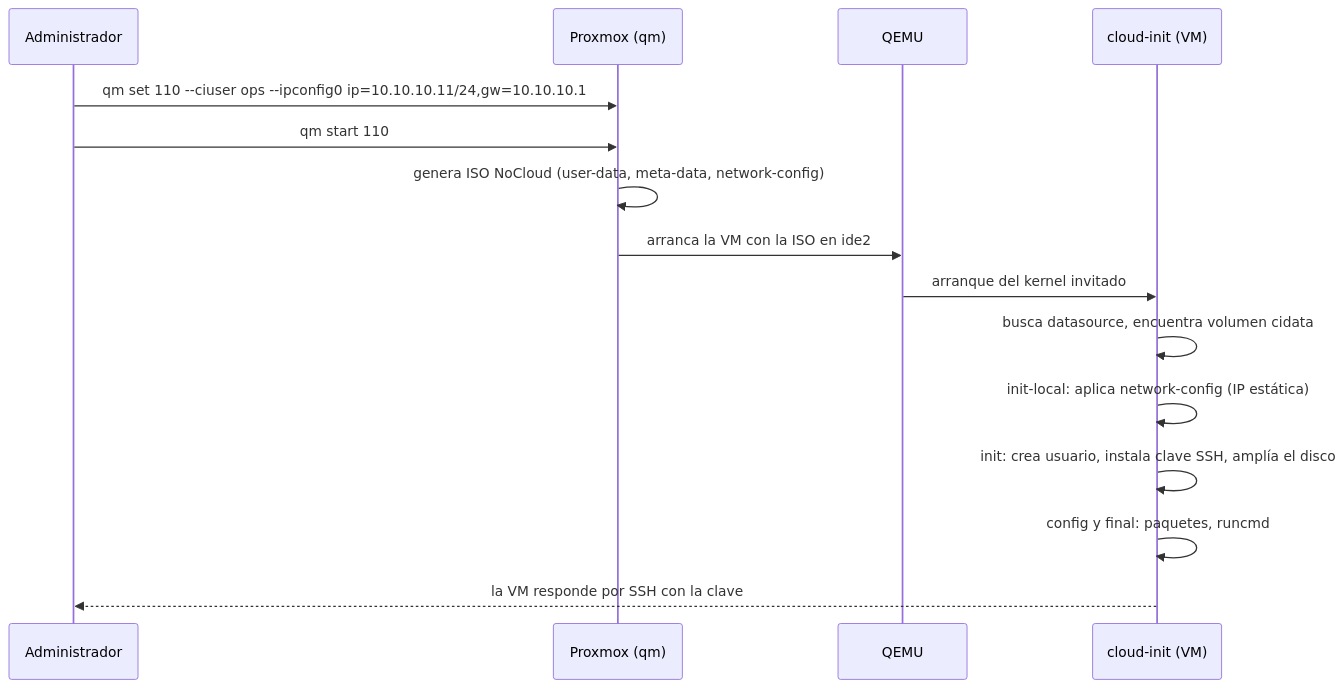
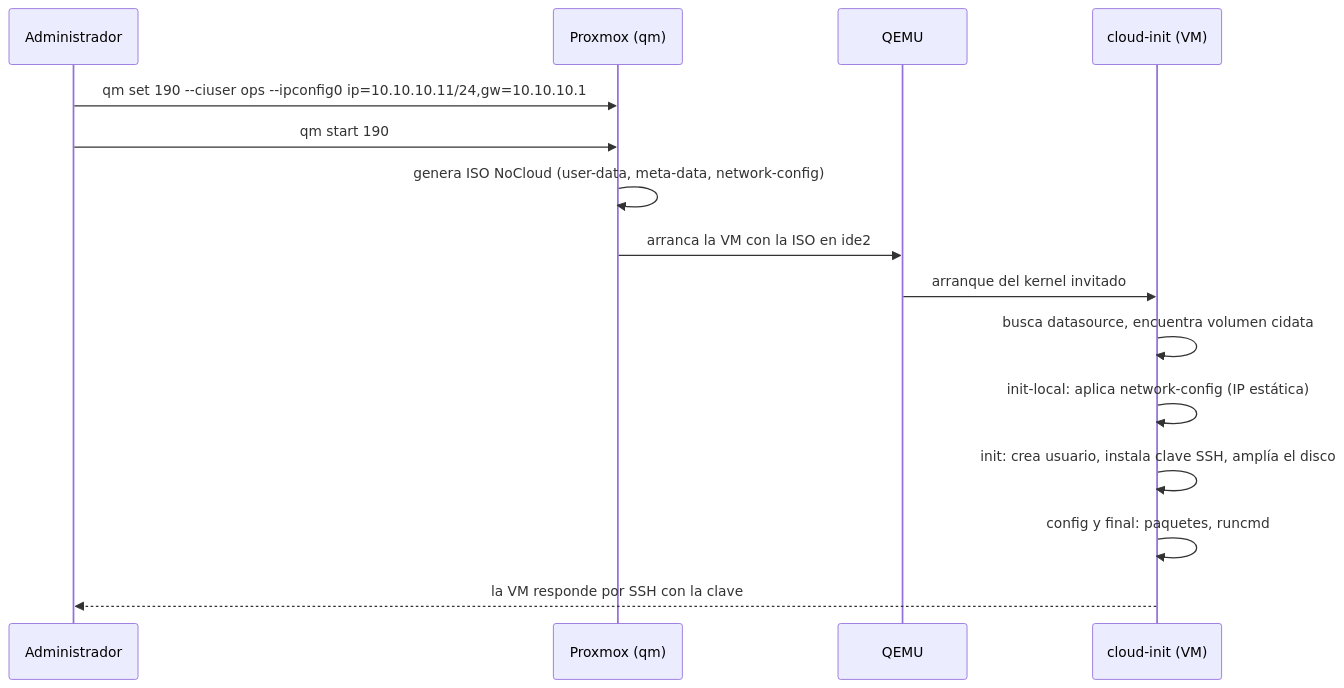
Before and after one commit to victor-educ/apuntes-5166: the eighth of 13 diagrams in docs/ut/ut1-virtualizacion.md, drawn with Mermaid. The commit also changed other lines of this file and 15 other files, not shown here.

````diff
--- a/docs/ut/ut1-virtualizacion.md
+++ b/docs/ut/ut1-virtualizacion.md
@@ -585,17 +591,17 @@
 ```mermaid
 sequenceDiagram
     participant A as Administrador
     participant P as Proxmox (qm)
     participant Q as QEMU
     participant C as cloud-init (VM)
-    A->>P: qm set 110 --ciuser ops --ipconfig0 ip=10.10.10.11/24,gw=10.10.10.1
-    A->>P: qm start 110
+    A->>P: qm set 190 --ciuser ops --ipconfig0 ip=10.10.10.11/24,gw=10.10.10.1
+    A->>P: qm start 190
     P->>P: genera ISO NoCloud (user-data, meta-data, network-config)
     P->>Q: arranca la VM con la ISO en ide2
     Q->>C: arranque del kernel invitado
     C->>C: busca datasource, encuentra volumen cidata
     C->>C: init-local: aplica network-config (IP estática)
     C->>C: init: crea usuario, instala clave SSH, amplía el disco
     C->>C: config y final: paquetes, runcmd
     C-->>A: la VM responde por SSH con la clave
 ```
````
